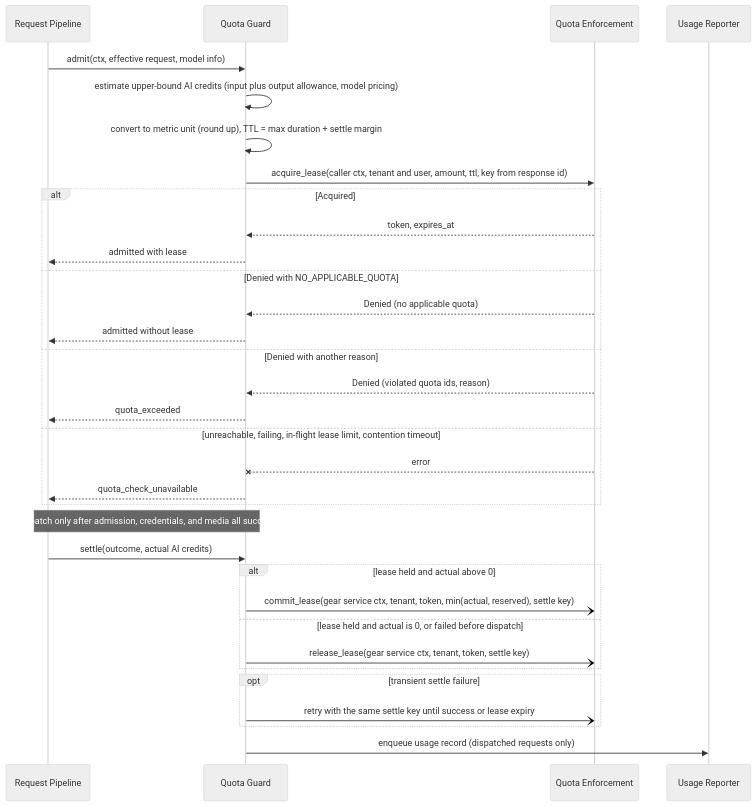
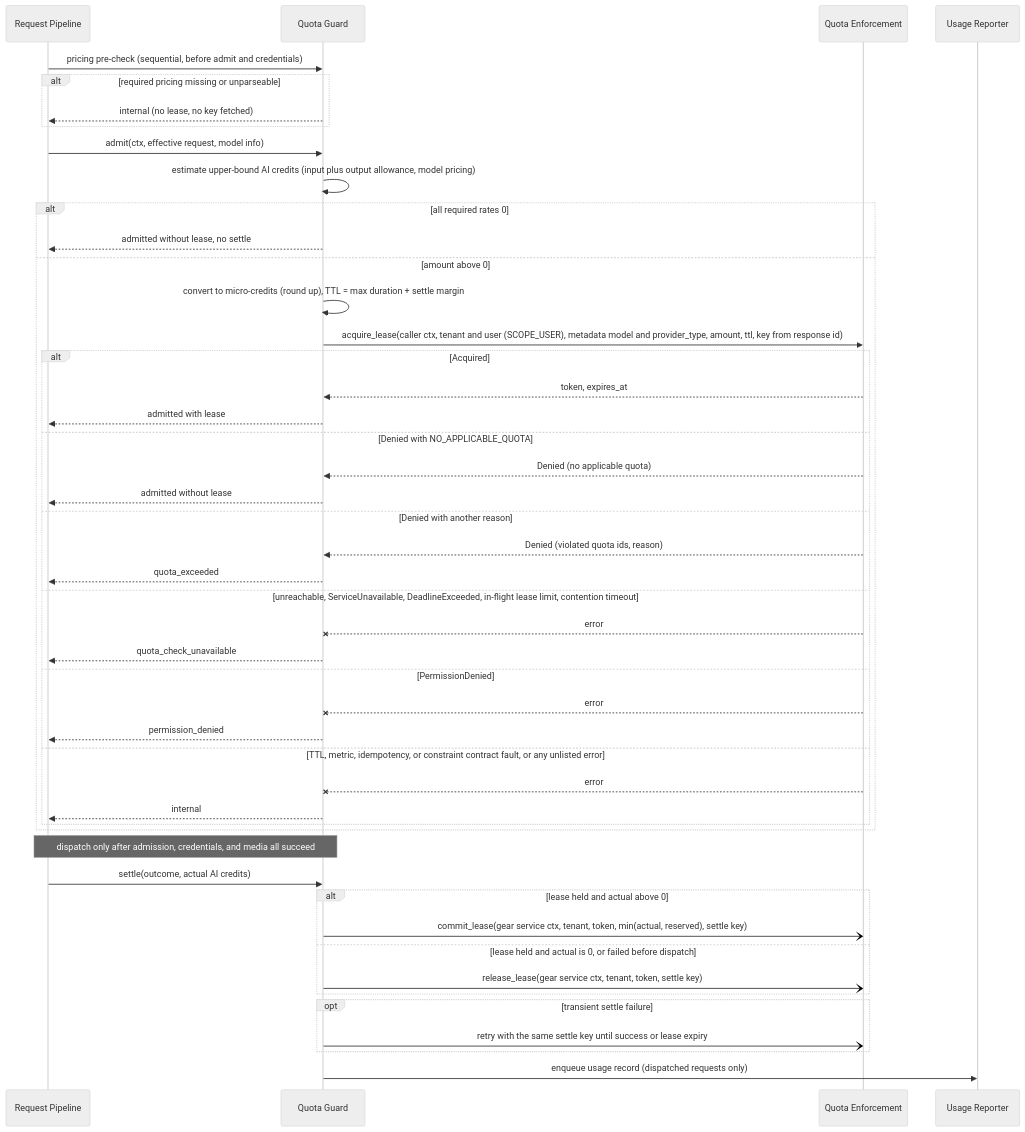
One commit to constructorfabric/gears-rust changed diagram 12 of 15 in gears/llm-gateway/docs/DESIGN.md. Above: the diagram before and after it, drawn with Mermaid (neutral theme). The commit also changed other lines of this file, not shown here.

````diff
--- a/gears/llm-gateway/docs/DESIGN.md
+++ b/gears/llm-gateway/docs/DESIGN.md
@@ -1108,35 +1125,49 @@
 ```mermaid
 sequenceDiagram
     participant P as Request Pipeline
     participant QG as Quota Guard
     participant QE as Quota Enforcement
     participant UR as Usage Reporter
+    P->>QG: pricing pre-check (sequential, before admit and credentials)
+    alt required pricing missing or unparseable
+        QG-->>P: internal (no lease, no key fetched)
+    end
     P->>QG: admit(ctx, effective request, model info)
     QG->>QG: estimate upper-bound AI credits (input plus output allowance, model pricing)
-    QG->>QG: convert to metric unit (round up), TTL = max duration + settle margin
-    QG->>QE: acquire_lease(caller ctx, tenant and user, amount, ttl, key from response id)
-    alt Acquired
-        QE-->>QG: token, expires_at
-        QG-->>P: admitted with lease
-    else Denied with NO_APPLICABLE_QUOTA
-        QE-->>QG: Denied (no applicable quota)
-        QG-->>P: admitted without lease
-    else Denied with another reason
-        QE-->>QG: Denied (violated quota ids, reason)
-        QG-->>P: quota_exceeded
-    else unreachable, failing, in-flight lease limit, contention timeout
-        QE--xQG: error
-        QG-->>P: quota_check_unavailable
+    alt all required rates 0
+        QG-->>P: admitted without lease, no settle
+    else amount above 0
+        QG->>QG: convert to micro-credits (round up), TTL = max duration + settle margin
+        QG->>QE: acquire_lease(caller ctx, tenant and user (SCOPE_USER), metadata model and provider_type, amount, ttl, key from response id)
+        alt Acquired
+            QE-->>QG: token, expires_at
+            QG-->>P: admitted with lease
+        else Denied with NO_APPLICABLE_QUOTA
+            QE-->>QG: Denied (no applicable quota)
+            QG-->>P: admitted without lease
+        else Denied with another reason
+            QE-->>QG: Denied (violated quota ids, reason)
+            QG-->>P: quota_exceeded
+        else unreachable, ServiceUnavailable, DeadlineExceeded, in-flight lease limit, contention timeout
+            QE--xQG: error
+            QG-->>P: quota_check_unavailable
+        else PermissionDenied
+            QE--xQG: error
+            QG-->>P: permission_denied
+        else TTL, metric, idempotency, or constraint contract fault, or any unlisted error
+            QE--xQG: error
+            QG-->>P: internal
+        end
     end
     Note over P,QG: dispatch only after admission, credentials, and media all succeed
     P->>QG: settle(outcome, actual AI credits)
     alt lease held and actual above 0
         QG-)QE: commit_lease(gear service ctx, tenant, token, min(actual, reserved), settle key)
     else lease held and actual is 0, or failed before dispatch
         QG-)QE: release_lease(gear service ctx, tenant, token, settle key)
     end
     opt transient settle failure
         QG-)QE: retry with the same settle key until success or lease expiry
     end
     QG->>UR: enqueue usage record (dispatched requests only)
 ```
````
